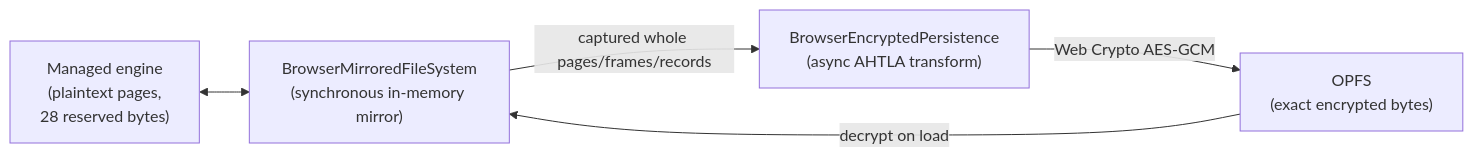
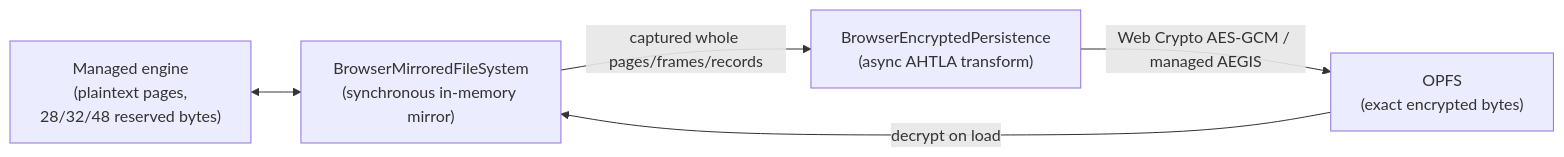
One commit to Devolutions/ahtola changed the diagram in docs/browser-encrypted-storage.md. Above: the diagram before and after it, drawn with Mermaid. The commit also changed other lines of this file and 205 other files, not shown here.

First line of the commit message:
Add Turso parity roadmap and production browser read profile (#36)

````diff
--- a/docs/browser-encrypted-storage.md
+++ b/docs/browser-encrypted-storage.md
@@ -21,12 +21,12 @@
 ```mermaid
 flowchart LR
-    engine["Managed engine<br/>(plaintext pages,<br/>28 reserved bytes)"]
+    engine["Managed engine<br/>(plaintext pages,<br/>28/32/48 reserved bytes)"]
     mirror["BrowserMirroredFileSystem<br/>(synchronous in-memory mirror)"]
     transform["BrowserEncryptedPersistence<br/>(async AHTLA transform)"]
     opfs["OPFS<br/>(exact encrypted bytes)"]
 
     engine <--> mirror
     mirror -- "captured whole pages/frames/records" --> transform
-    transform -- "Web Crypto AES-GCM" --> opfs
+    transform -- "Web Crypto AES-GCM / managed AEGIS" --> opfs
     opfs -- "decrypt on load" --> mirror
 ```
````
